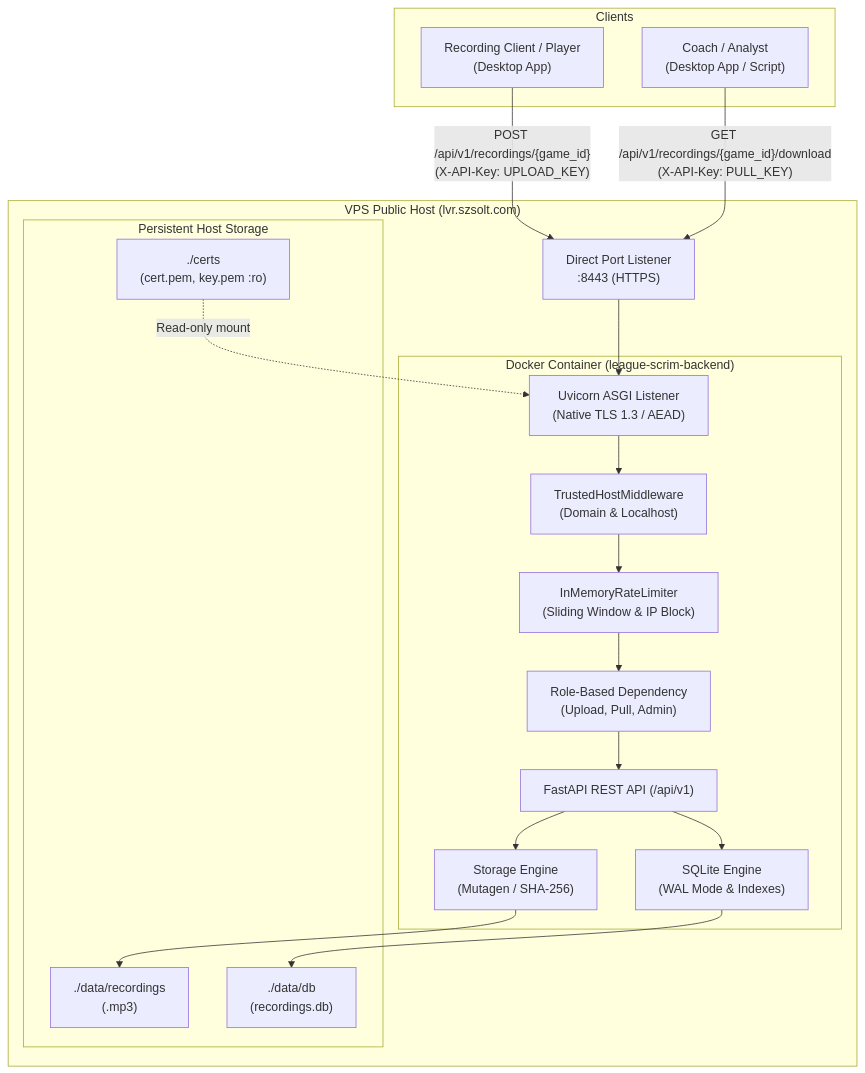
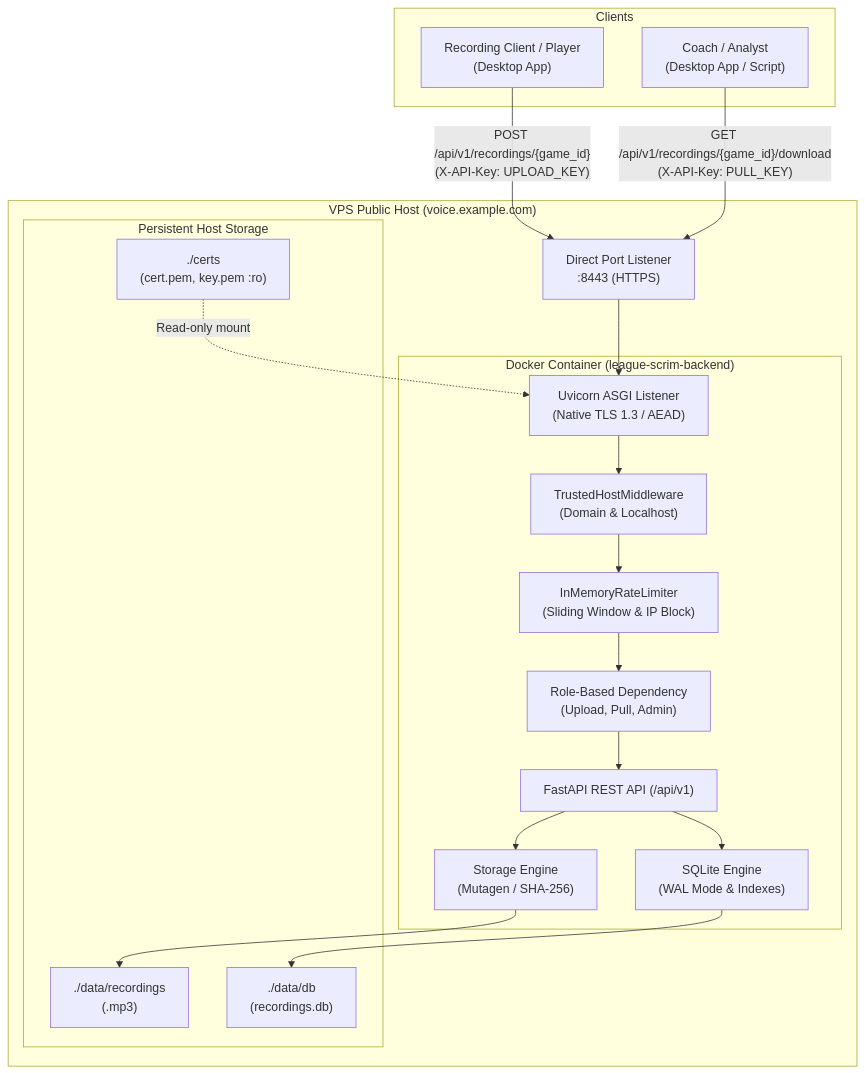
One commit to betterix/league-voice-recorder-backend changed the diagram in README.md. Above: the diagram before and after it, drawn with Mermaid. The commit also changed other lines of this file and 3 other files, not shown here.

````diff
--- a/README.md
+++ b/README.md
@@ -27,35 +27,35 @@
 ```mermaid
 flowchart TD
     subgraph Clients["Clients"]
         Player["Recording Client / Player\n(Desktop App)"]
         Coach["Coach / Analyst\n(Desktop App / Script)"]
     end
 
-    subgraph VPS["VPS Public Host (lvr.szsolt.com)"]
+    subgraph VPS["VPS Public Host (voice.example.com)"]
         Port["Direct Port Listener\n:8443 (HTTPS)"]
         
         subgraph Container["Docker Container (league-scrim-backend)"]
             Uvicorn["Uvicorn ASGI Listener\n(Native TLS 1.3 / AEAD)"]
             HostGuard["TrustedHostMiddleware\n(Domain & Localhost)"]
             RateLimit["InMemoryRateLimiter\n(Sliding Window & IP Block)"]
             FastAPI["FastAPI REST API (/api/v1)"]
             Auth["Role-Based Dependency\n(Upload, Pull, Admin)"]
             StorageMgr["Storage Engine\n(Mutagen / SHA-256)"]
             DB["SQLite Engine\n(WAL Mode & Indexes)"]
         end
 
         subgraph Volumes["Persistent Host Storage"]
             RecVol["./data/recordings\n(<GAME_ID>.mp3)"]
             DBVol["./data/db\n(recordings.db)"]
             CertVol["./certs\n(cert.pem, key.pem :ro)"]
         end
     end
 
     Player -->|"POST /api/v1/recordings/{game_id}\n(X-API-Key: UPLOAD_KEY)"| Port
     Coach -->|"GET /api/v1/recordings/{game_id}/download\n(X-API-Key: PULL_KEY)"| Port
     Port --> Uvicorn
     Uvicorn --> HostGuard --> RateLimit --> Auth --> FastAPI
     FastAPI --> StorageMgr --> RecVol
     FastAPI --> DB --> DBVol
     CertVol -.->|"Read-only mount"| Uvicorn
 ```
````
